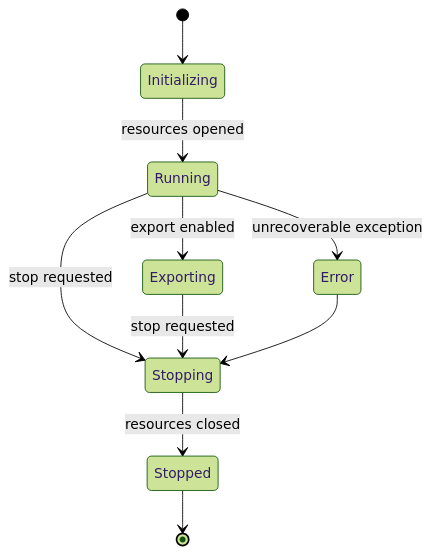
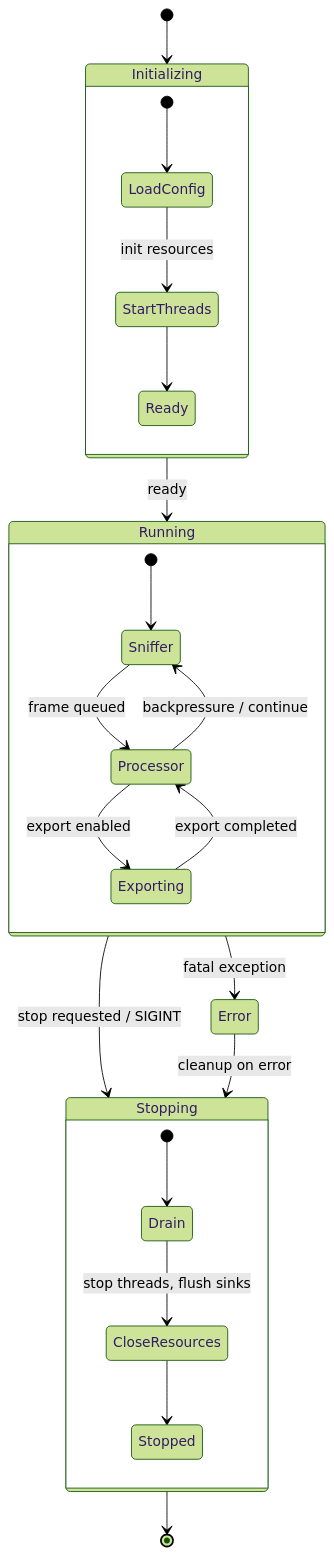
One commit to iota2/CANopen-tools-suite changed the diagram in canopen_sniffer/dox/diagrams/state.mmd. Above: the diagram before and after it, drawn with Mermaid (forest theme). The commit also changed 484 other files, not shown here.

```diff
--- a/canopen_sniffer/dox/diagrams/state.mmd
+++ b/canopen_sniffer/dox/diagrams/state.mmd
@@ -1,10 +1,30 @@
 stateDiagram-v2
     [*] --> Initializing
-    Initializing --> Running : resources opened
-    Running --> Exporting : export enabled
-    Running --> Stopping : stop requested
-    Exporting --> Stopping : stop requested
-    Running --> Error : unrecoverable exception
-    Error --> Stopping
-    Stopping --> Stopped : resources closed
-    Stopped --> [*]
+
+    state Initializing {
+        [*] --> LoadConfig
+        LoadConfig --> StartThreads : init resources
+        StartThreads --> Ready
+    }
+
+    Initializing --> Running : ready
+
+    state Running {
+        [*] --> Sniffer
+        Sniffer --> Processor : frame queued
+        Processor --> Sniffer : backpressure / continue
+        Processor --> Exporting : export enabled
+        Exporting --> Processor : export completed
+    }
+
+    Running --> Stopping : stop requested / SIGINT
+    Running --> Error : fatal exception
+
+    state Stopping {
+        [*] --> Drain
+        Drain --> CloseResources : stop threads, flush sinks
+        CloseResources --> Stopped
+    }
+
+    Error --> Stopping : cleanup on error
+    Stopping --> [*]
```
